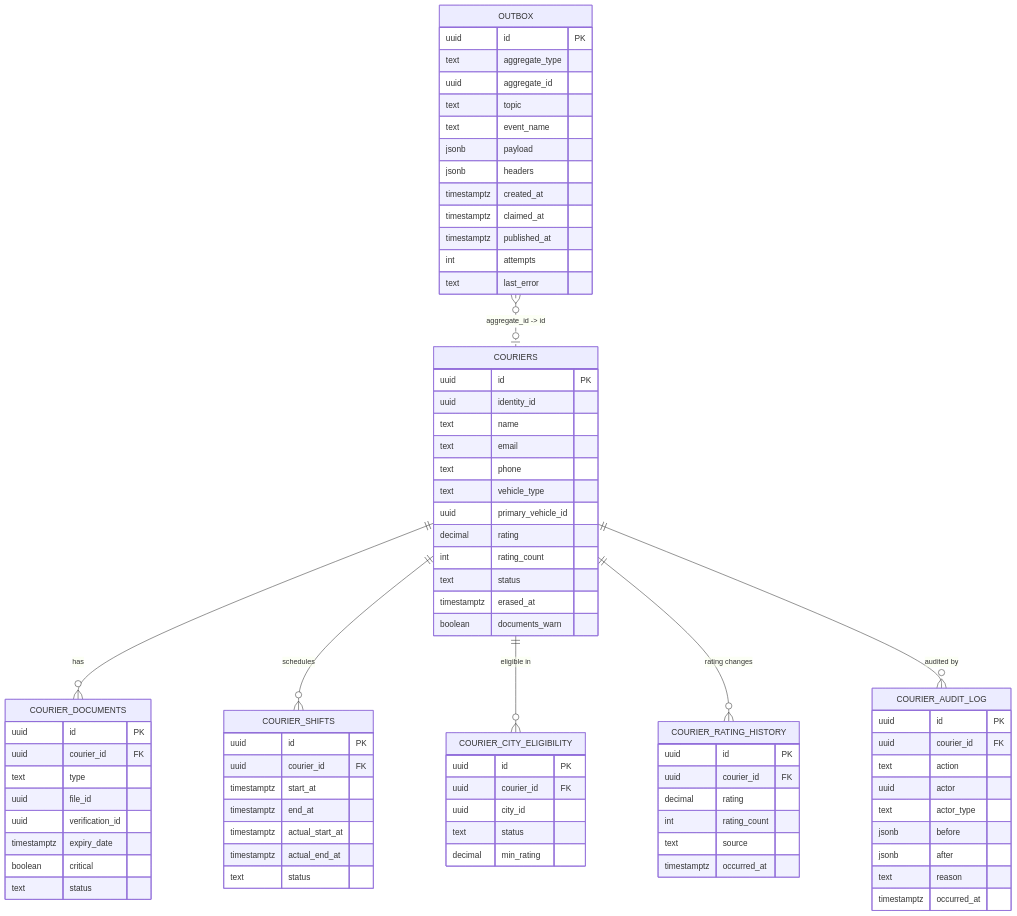
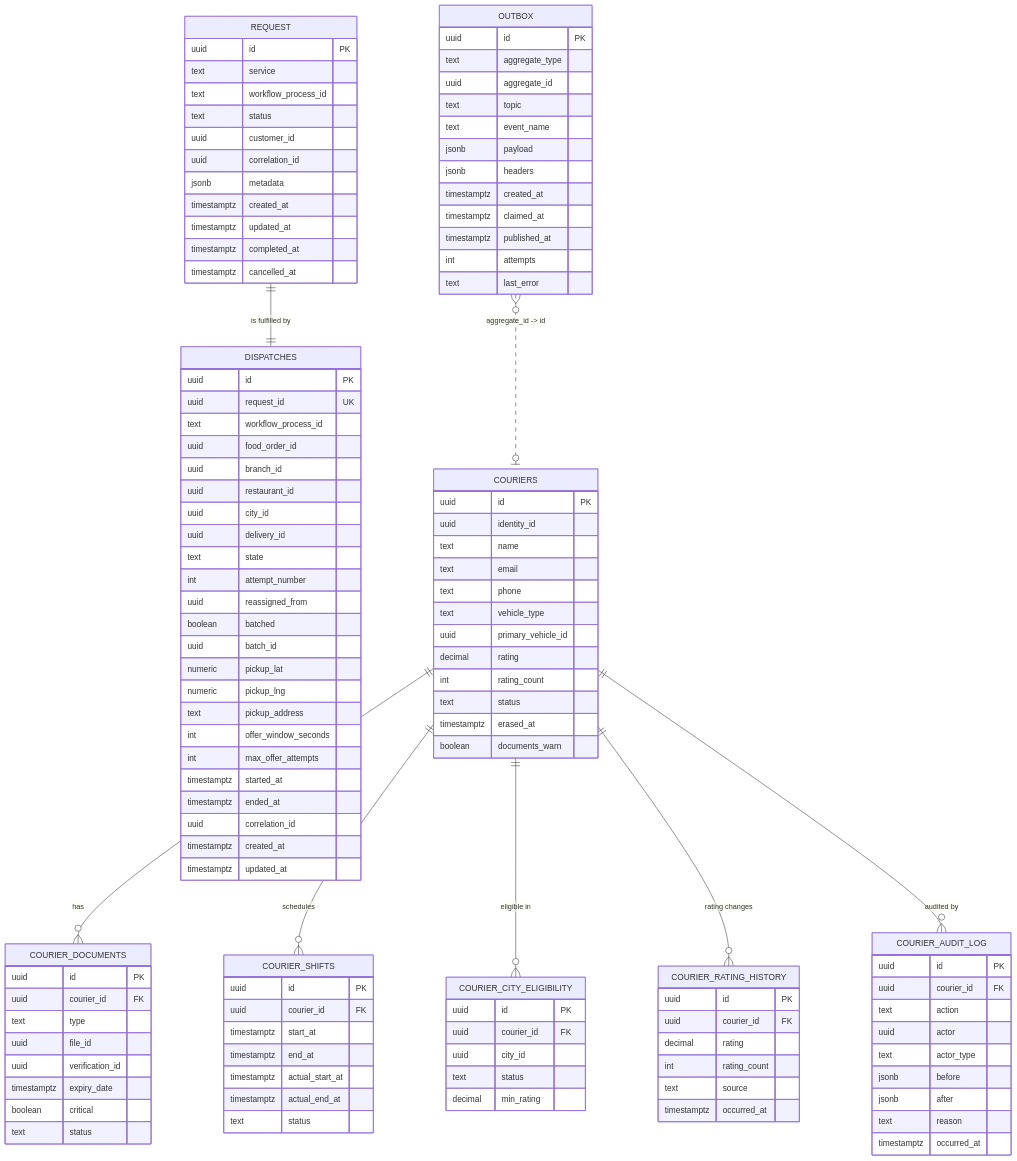
The diagram in docs/services/courier-service/ERD.md (mohamedhabibwork/trips-enjoy-docs), drawn with Mermaid before and after one commit. The commit also changed other lines of this file and 201 other files, not shown here.

````diff
--- a/docs/services/courier-service/ERD.md
+++ b/docs/services/courier-service/ERD.md
@@ -239,11 +272,26 @@
 ```mermaid
 erDiagram
+    REQUEST ||--|| DISPATCHES : "is fulfilled by"
     COURIERS ||--o{ COURIER_DOCUMENTS : "has"
     COURIERS ||--o{ COURIER_SHIFTS : "schedules"
     COURIERS ||--o{ COURIER_CITY_ELIGIBILITY : "eligible in"
     COURIERS ||--o{ COURIER_RATING_HISTORY : "rating changes"
     COURIERS ||--o{ COURIER_AUDIT_LOG : "audited by"
     OUTBOX }o..o| COURIERS : "aggregate_id -> id"
+
+    REQUEST {
+        uuid id PK
+        text service
+        text workflow_process_id
+        text status
+        uuid customer_id
+        uuid correlation_id
+        jsonb metadata
+        timestamptz created_at
+        timestamptz updated_at
+        timestamptz completed_at
+        timestamptz cancelled_at
+    }
 
     COURIERS {
         uuid id PK
@@ -324,4 +372,30 @@
         int attempts
         text last_error
     }
+
+    DISPATCHES {
+        uuid id PK
+        uuid request_id UK
+        text workflow_process_id
+        uuid food_order_id
+        uuid branch_id
+        uuid restaurant_id
+        uuid city_id
+        uuid delivery_id
+        text state
+        int attempt_number
+        uuid reassigned_from
+        boolean batched
+        uuid batch_id
+        numeric pickup_lat
+        numeric pickup_lng
+        text pickup_address
+        int offer_window_seconds
+        int max_offer_attempts
+        timestamptz started_at
+        timestamptz ended_at
+        uuid correlation_id
+        timestamptz created_at
+        timestamptz updated_at
+    }
 ```
````
